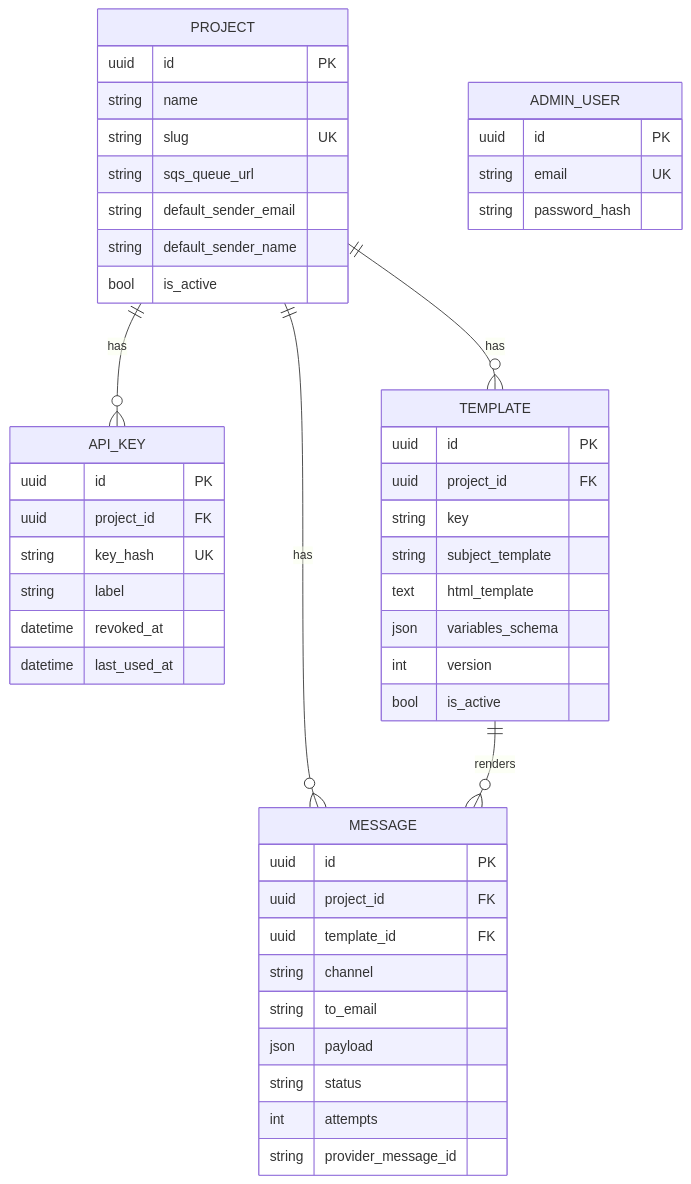
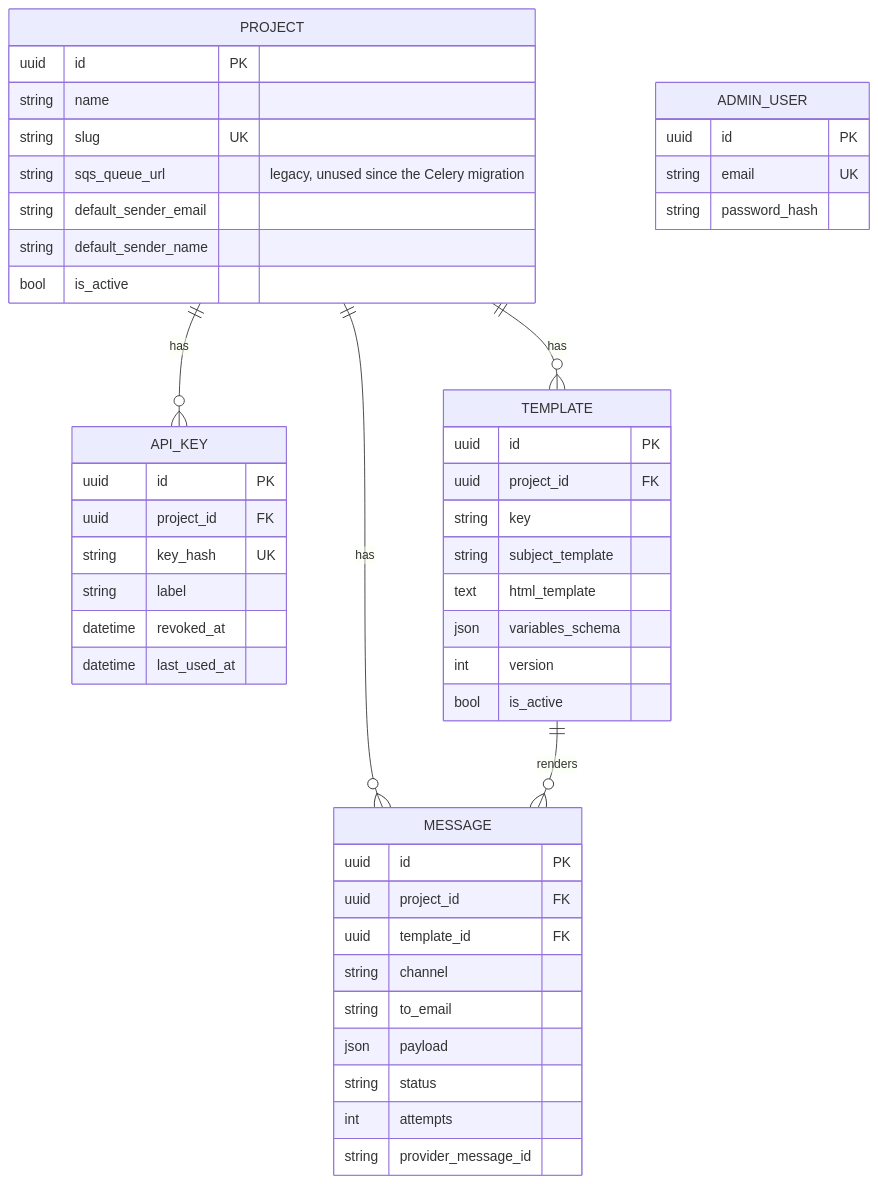
One commit to acidevbutter/butter_relay changed the third of 3 diagrams in README.md. Above: the diagram before and after it, drawn with Mermaid. The commit also changed other lines of this file and 21 other files, not shown here.

````diff
--- a/README.md
+++ b/README.md
@@ -85,51 +84,51 @@
 ```mermaid
 erDiagram
     PROJECT ||--o{ API_KEY : has
     PROJECT ||--o{ TEMPLATE : has
     PROJECT ||--o{ MESSAGE : has
     TEMPLATE ||--o{ MESSAGE : renders
 
     PROJECT {
         uuid id PK
         string name
         string slug UK
-        string sqs_queue_url
+        string sqs_queue_url "legacy, unused since the Celery migration"
         string default_sender_email
         string default_sender_name
         bool is_active
     }
     API_KEY {
         uuid id PK
         uuid project_id FK
         string key_hash UK
         string label
         datetime revoked_at
         datetime last_used_at
     }
     TEMPLATE {
         uuid id PK
         uuid project_id FK
         string key
         string subject_template
         text html_template
         json variables_schema
         int version
         bool is_active
     }
     MESSAGE {
         uuid id PK
         uuid project_id FK
         uuid template_id FK
         string channel
         string to_email
         json payload
         string status
         int attempts
         string provider_message_id
     }
     ADMIN_USER {
         uuid id PK
         string email UK
         string password_hash
     }
 ```
````
